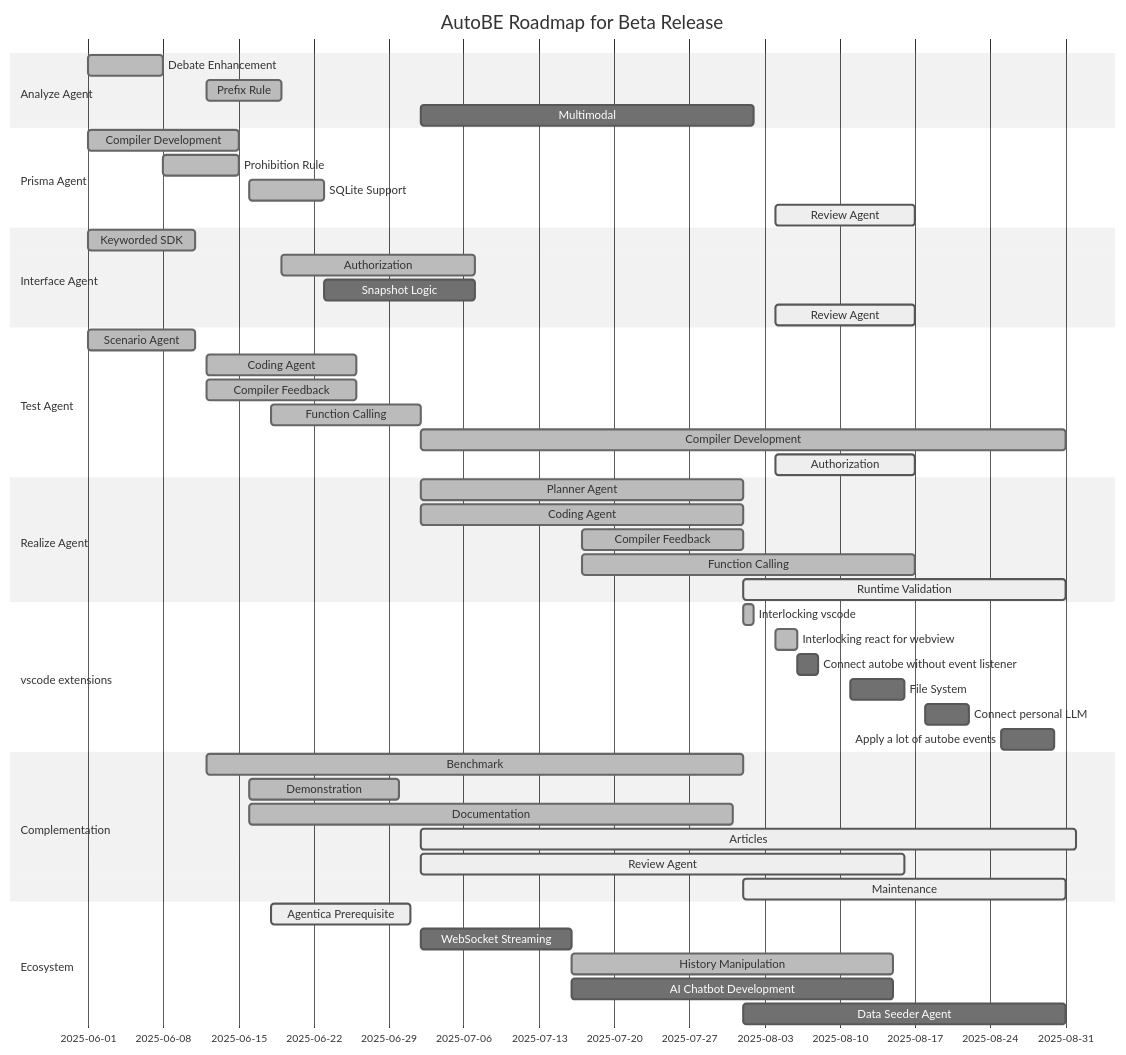
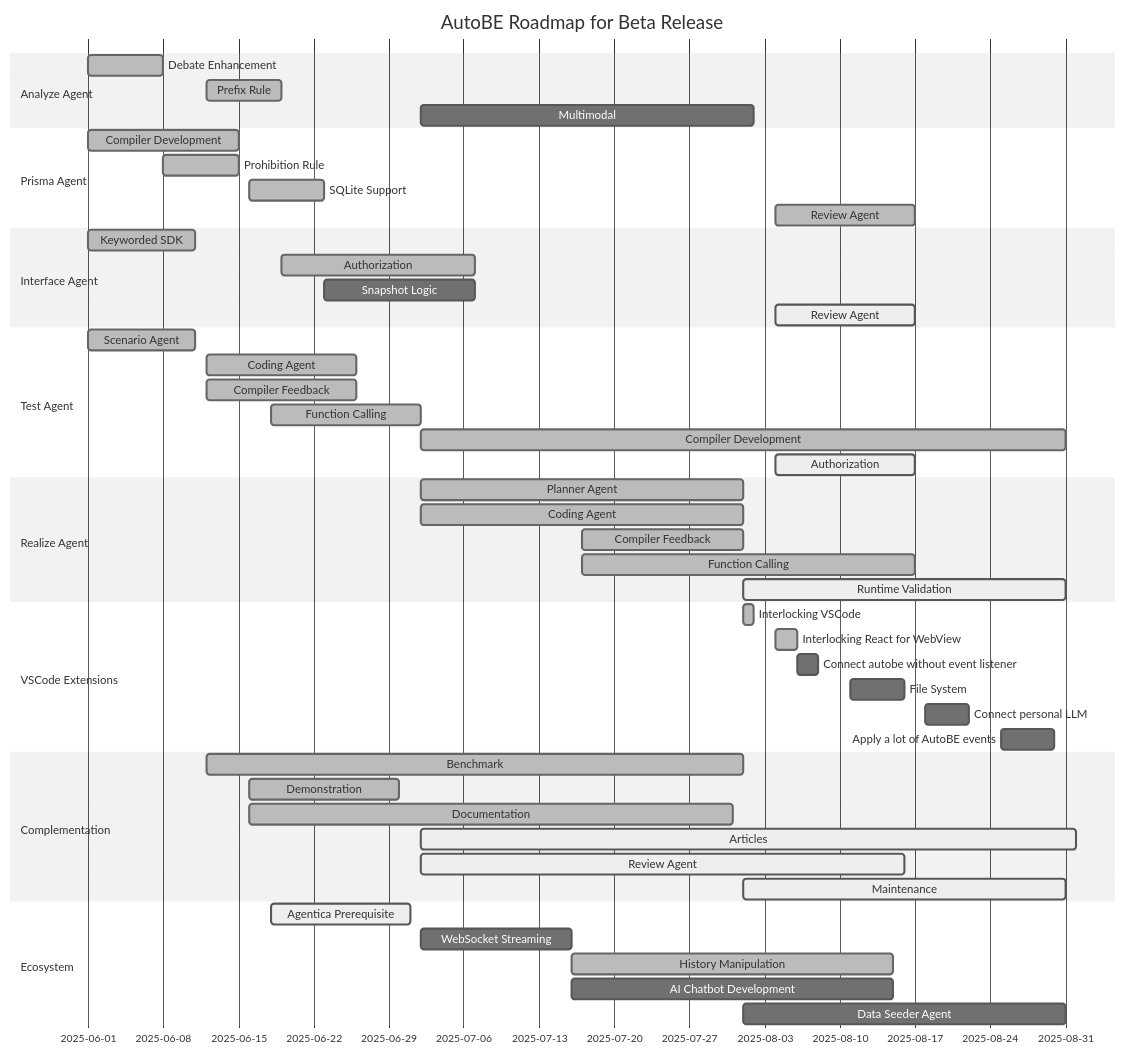
One commit to RavenView-ai/autobe changed the second of 2 diagrams in README.md. Above: the diagram before and after it, drawn with Mermaid (neutral theme). The commit also changed 1 other file, not shown here.

Commit message:
feat(agent): divide and conquer of prisma corrector (#330)
* feat(agent): divide and conquer of prisma corrector

* Enhance `orchestratePrismaCorrect` again

* Separate by table references

* Fix README: update schedule

````diff
--- a/README.md
+++ b/README.md
@@ -181,60 +181,60 @@
 ```mermaid
 gantt
   dateFormat YYYY-MM-DD
   title AutoBE Roadmap for Beta Release
 
   section Analyze Agent
   Debate Enhancement: done,    2025-06-01,  7d
   Prefix Rule:        done,    2025-06-12,  7d
   Multimodal:         planned, 2025-07-02, 31d
 
   section Prisma Agent
   Compiler Development: done, 2025-06-01, 14d
   Prohibition Rule:     done, 2025-06-08,  7d
   SQLite Support:       done, 2025-06-16,  7d
-  Review Agent:       active, 2025-08-04, 13d
+  Review Agent:         done, 2025-08-04, 13d
 
   section Interface Agent
-  Keyworded SDK:     done, 2025-06-01, 10d
-  Authorization:     done, 2025-06-19, 18d
-  Snapshot Logic: planned, 2025-06-23, 14d
-  Review Agent:    active, 2025-08-04, 13d
+  Keyworded SDK:     done,    2025-06-01, 10d
+  Authorization:     done,    2025-06-19, 18d
+  Snapshot Logic:    planned, 2025-06-23, 14d
+  Review Agent:      active,  2025-08-04, 13d
 
   section Test Agent
-  Scenario Agent:       done, 2025-06-01, 10d        
-  Coding Agent:         done, 2025-06-12, 14d
-  Compiler Feedback:    done, 2025-06-12, 14d
-  Function Calling:     done, 2025-06-18, 14d
-  Compiler Development: done, 2025-07-02, 60d
-  Authorization:      active, 2025-08-04, 13d
+  Scenario Agent:         done, 2025-06-01, 10d        
+  Coding Agent:           done, 2025-06-12, 14d
+  Compiler Feedback:      done, 2025-06-12, 14d
+  Function Calling:       done, 2025-06-18, 14d
+  Compiler Development:   done, 2025-07-02, 60d
+  Authorization:        active, 2025-08-04, 13d
 
   section Realize Agent
-  Planner Agent:        done, 2025-07-02, 30d
-  Coding Agent:         done, 2025-07-02, 30d
-  Compiler Feedback:    done, 2025-07-17, 15d
-  Function Calling:     done, 2025-07-17, 31d
-  Runtime Validation: active, 2025-08-01, 30d
+  Planner Agent:          done, 2025-07-02, 30d
+  Coding Agent:           done, 2025-07-02, 30d
+  Compiler Feedback:      done, 2025-07-17, 15d
+  Function Calling:       done, 2025-07-17, 31d
+  Runtime Validation:   active, 2025-08-01, 30d
 
-  section vscode extensions
-  Interlocking vscode:                      done, 2025-08-01, 1d
-  Interlocking react for webview:           done, 2025-08-04, 2d
+  section VSCode Extensions
+  Interlocking VSCode:                      done, 2025-08-01, 1d
+  Interlocking React for WebView:           done, 2025-08-04, 2d
   Connect autobe without event listener: planned, 2025-08-06, 2d
   File System:                           planned, 2025-08-11, 5d
   Connect personal LLM:                  planned, 2025-08-18, 4d
-  Apply a lot of autobe events:          planned, 2025-08-25, 5d 
+  Apply a lot of AutoBE events:          planned, 2025-08-25, 5d 
 
   section Complementation
   Benchmark:     done,   2025-06-12, 50d
   Demonstration: done,   2025-06-16, 14d
   Documentation: done,   2025-06-16, 45d
   Articles:      active, 2025-07-02, 61d
   Review Agent:  active, 2025-07-02, 45d
   Maintenance:   active, 2025-08-01, 30d
 
   section Ecosystem
   Agentica Prerequisite:  active,  2025-06-18, 13d
   WebSocket Streaming:    planned, 2025-07-02, 14d
   History Manipulation:   done,    2025-07-16, 30d
   AI Chatbot Development: planned, 2025-07-16, 30d
   Data Seeder Agent:      planned, 2025-08-01, 30d
 ```
````
